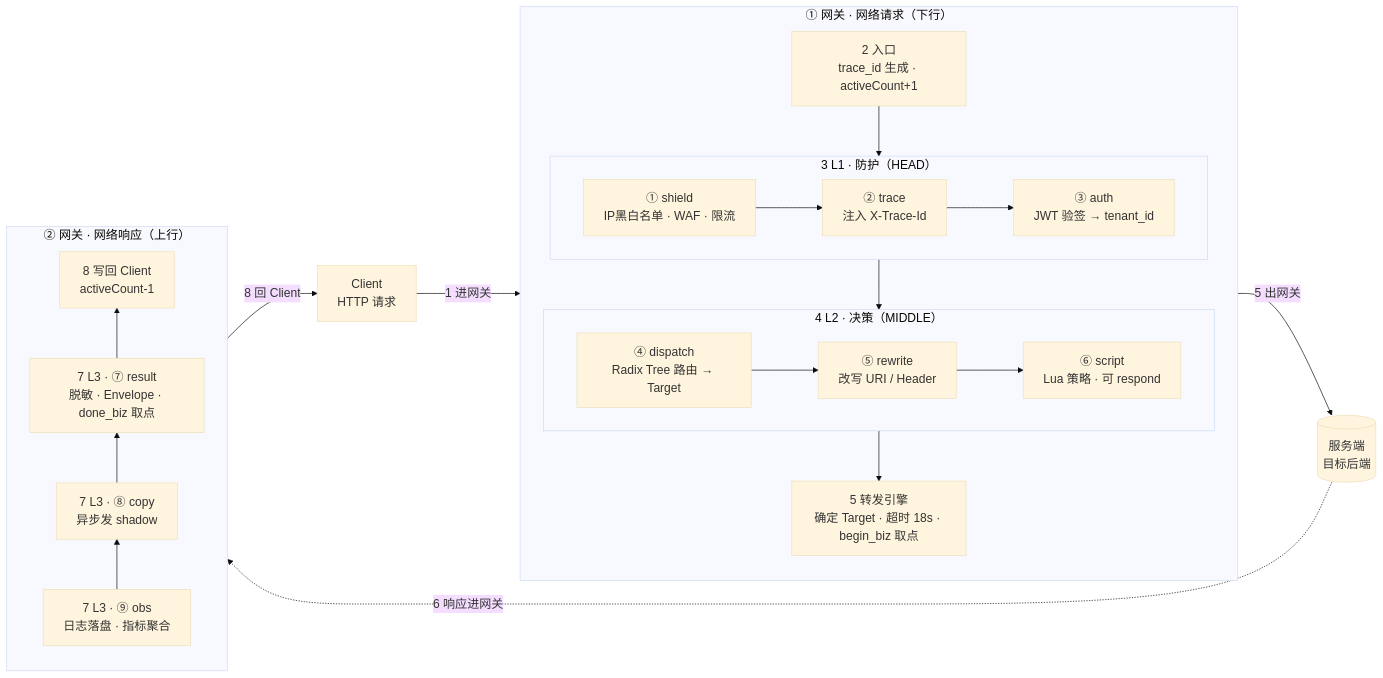
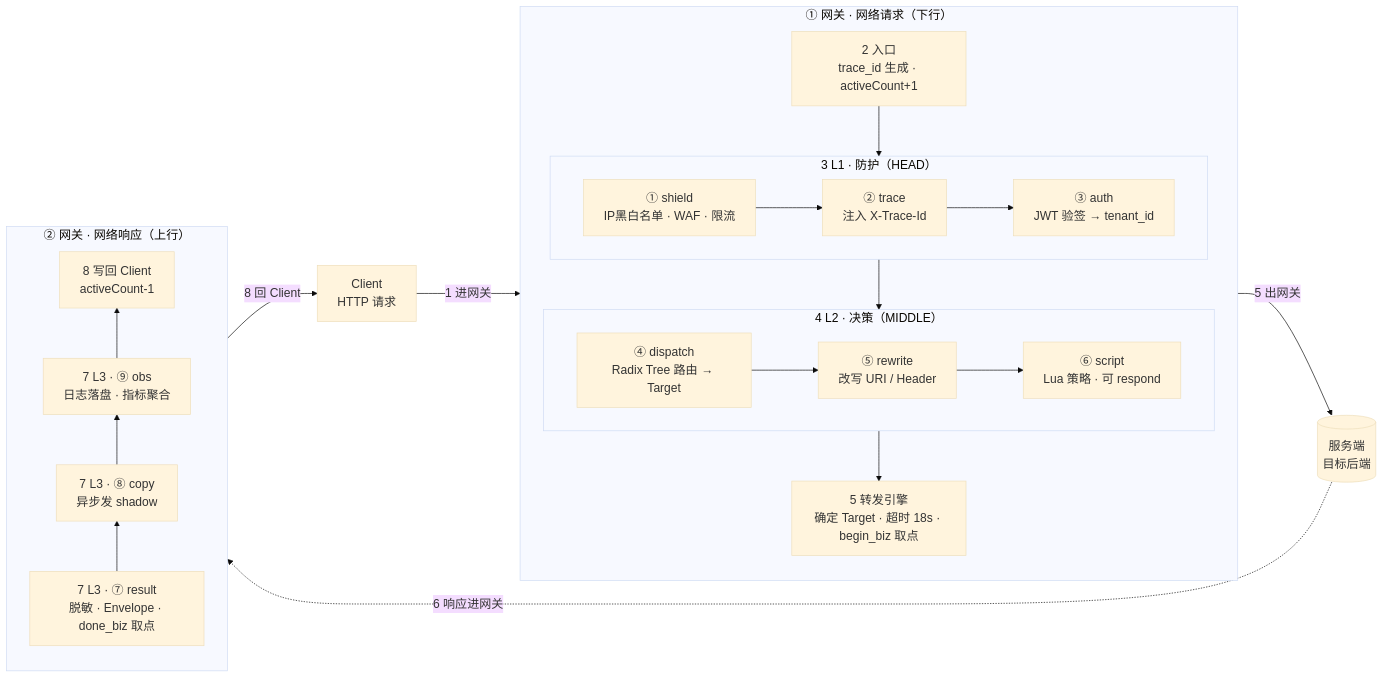
The first of 2 diagrams in docs/HTTP_DATAFLOW.md (iotames/rocksys), drawn with Mermaid before and after one commit. The commit also changed 20 other files, not shown here.

Commit message:
WebUI 改版：新增 HTTP 数据流图与组件/服务详情页，重构导航与概览/配置/日志页，同步文档并升级 easydb 至 v0.7.0（全量测试+vet通过）

````diff
--- a/docs/HTTP_DATAFLOW.md
+++ b/docs/HTTP_DATAFLOW.md
@@ -12,50 +12,50 @@
 ```mermaid
 %%{init: {"theme": "base", "themeVariables": {"fontSize": "18px", "fontFamily": "\"Microsoft YaHei\", \"PingFang SC\", \"Noto Sans CJK SC\", sans-serif"}}}%%
 flowchart LR
     C["Client<br/>HTTP 请求"]
     SVC[("服务端<br/>目标后端")]
 
     subgraph REQ_GW["① 网关 · 网络请求（下行）"]
         direction TB
         R1["2 入口<br/>trace_id 生成 · activeCount+1"]
 
         subgraph L1["3 L1 · 防护（HEAD）"]
             direction LR
             S1["① shield<br/>IP黑白名单 · WAF · 限流"]
             S2["② trace<br/>注入 X-Trace-Id"]
             S3["③ auth<br/>JWT 验签 → tenant_id"]
             S1 --> S2
             S2 --> S3
         end
 
         subgraph L2["4 L2 · 决策（MIDDLE）"]
             direction LR
             S4["④ dispatch<br/>Radix Tree 路由 → Target"]
             S5["⑤ rewrite<br/>改写 URI / Header"]
             S6["⑥ script<br/>Lua 策略 · 可 respond"]
             S4 --> S5
             S5 --> S6
         end
 
         R5["5 转发引擎<br/>确定 Target · 超时 18s · begin_biz 取点"]
         R1 --> L1
         L1 --> L2
         L2 --> R5
     end
 
     subgraph RESP_GW["② 网关 · 网络响应（上行）"]
         direction BT
         WR["8 写回 Client<br/>activeCount-1"]
         S9["7 L3 · ⑨ obs<br/>日志落盘 · 指标聚合"]
         S8["7 L3 · ⑧ copy<br/>异步发 shadow"]
         S7["7 L3 · ⑦ result<br/>脱敏 · Envelope · done_biz 取点"]
-        S9 --> S8
-        S8 --> S7
-        S7 --> WR
+        S7 --> S8
+        S8 --> S9
+        S9 --> WR
     end
 
     C -->|"1 进网关"| REQ_GW
     REQ_GW -->|"5 出网关"| SVC
     SVC -. "6 响应进网关" .-> RESP_GW
     RESP_GW -->|"8 回 Client"| C
 ```
````
